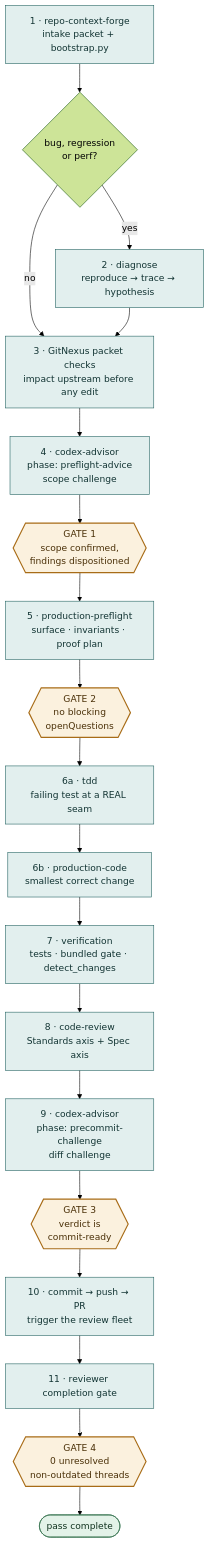
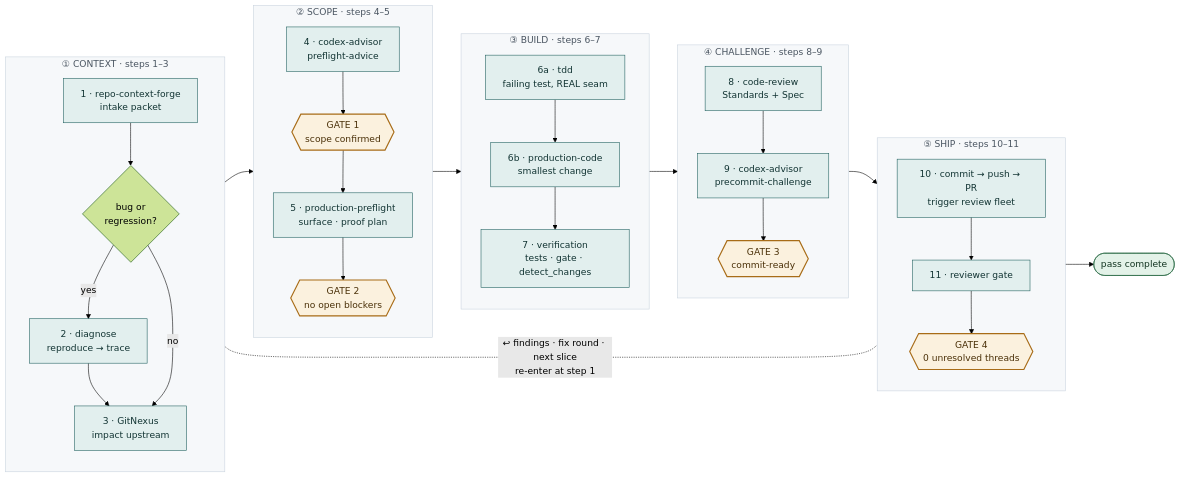
The first of 3 diagrams in skills/repo-production-workflow/WORKFLOW-MAP.md (future3OOO/claude-skills), drawn with Mermaid (forest theme) before and after one commit. The commit also changed other lines of this file, not shown here.

Commit message:
docs(repo-production-workflow): lay the chain out as a loop, not a column
The end-to-end diagram ran straight down the page: 363x2593px, using 40%
of the width and ~2600px of height. Regrouped the 11 steps into five
phase bands laid out left to right, each internally top to bottom, with
the reviewer return path closing back to step 1 along the bottom.

Now 1975x830px, which fits GitHub's content width at ~378px tall.

Verified by rendering all three diagrams with mermaid-cli 11.16.0.

````diff
--- a/skills/repo-production-workflow/WORKFLOW-MAP.md
+++ b/skills/repo-production-workflow/WORKFLOW-MAP.md
@@ -16,28 +19,51 @@
 ```mermaid
-flowchart TD
-  A["1 · repo-context-forge<br/>intake packet + bootstrap.py"] --> B{"bug, regression<br/>or perf?"}
-  B -- yes --> C["2 · diagnose<br/>reproduce → trace → hypothesis"]
-  B -- no --> D
-  C --> D["3 · GitNexus packet checks<br/>impact upstream before any edit"]
-  D --> E["4 · codex-advisor<br/>phase: preflight-advice<br/>scope challenge"]
-  E --> G1{{"GATE 1<br/>scope confirmed,<br/>findings dispositioned"}}
-  G1 --> F["5 · production-preflight<br/>surface · invariants · proof plan"]
-  F --> G2{{"GATE 2<br/>no blocking<br/>openQuestions"}}
-  G2 --> H["6a · tdd<br/>failing test at a REAL seam"]
-  H --> I["6b · production-code<br/>smallest correct change"]
-  I --> J["7 · verification<br/>tests · bundled gate · detect_changes"]
-  J --> K["8 · code-review<br/>Standards axis + Spec axis"]
-  K --> L["9 · codex-advisor<br/>phase: precommit-challenge<br/>diff challenge"]
-  L --> G3{{"GATE 3<br/>verdict is<br/>commit-ready"}}
-  G3 --> M["10 · commit → push → PR<br/>trigger the review fleet"]
-  M --> N["11 · reviewer completion gate"]
-  N --> G4{{"GATE 4<br/>0 unresolved<br/>non-outdated threads"}}
+flowchart LR
+  subgraph PH1["① CONTEXT · steps 1–3"]
+    direction TB
+    A["1 · repo-context-forge<br/>intake packet"] --> BQ{"bug or<br/>regression?"}
+    BQ -- yes --> DG["2 · diagnose<br/>reproduce → trace"]
+    DG --> GN["3 · GitNexus<br/>impact upstream"]
+    BQ -- no --> GN
+  end
+
+  subgraph PH2["② SCOPE · steps 4–5"]
+    direction TB
+    AD1["4 · codex-advisor<br/>preflight-advice"] --> G1{{"GATE 1<br/>scope confirmed"}}
+    G1 --> PF["5 · production-preflight<br/>surface · proof plan"]
+    PF --> G2{{"GATE 2<br/>no open blockers"}}
+  end
+
+  subgraph PH3["③ BUILD · steps 6–7"]
+    direction TB
+    TD["6a · tdd<br/>failing test, REAL seam"] --> PC["6b · production-code<br/>smallest change"]
+    PC --> VF["7 · verification<br/>tests · gate · detect_changes"]
+  end
+
+  subgraph PH4["④ CHALLENGE · steps 8–9"]
+    direction TB
+    CR["8 · code-review<br/>Standards + Spec"] --> AD2["9 · codex-advisor<br/>precommit-challenge"]
+    AD2 --> G3{{"GATE 3<br/>commit-ready"}}
+  end
+
+  subgraph PH5["⑤ SHIP · steps 10–11"]
+    direction TB
+    CM["10 · commit → push → PR<br/>trigger review fleet"] --> RG["11 · reviewer gate"]
+    RG --> G4{{"GATE 4<br/>0 unresolved threads"}}
+  end
+
+  GN --> AD1
+  G2 --> TD
+  VF --> CR
+  G3 --> CM
   G4 --> DONE(["pass complete"])
+  A <-.-|"↩ findings · fix round · next slice<br/>re-enter at step 1"| RG
 
   classDef gate fill:#fbf1de,stroke:#a86c17,color:#4a3008,stroke-width:2px
   classDef step fill:#e2efee,stroke:#20605f,color:#123433
   classDef done fill:#e3f2e8,stroke:#2c6b46,color:#123420
+  classDef phase fill:#f6f8fa,stroke:#c9d3de,color:#4a5561
   class G1,G2,G3,G4 gate
-  class A,C,D,E,F,H,I,J,K,L,M,N step
+  class A,DG,GN,AD1,PF,TD,PC,VF,CR,AD2,CM,RG step
   class DONE done
+  class PH1,PH2,PH3,PH4,PH5 phase
 ```
````
